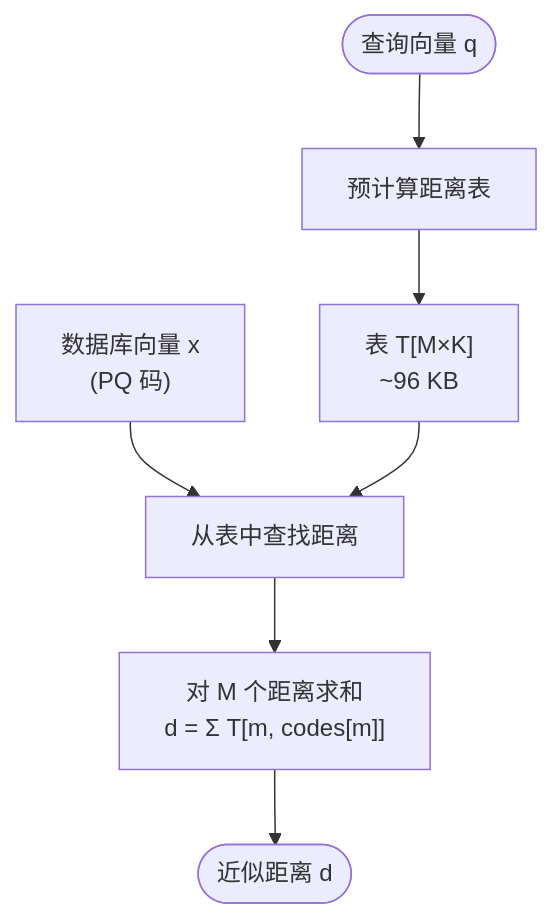
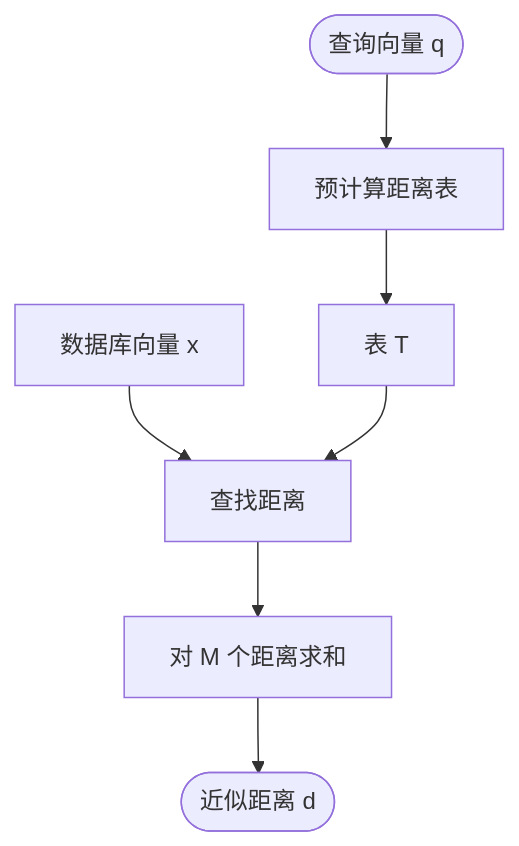
The second of 2 diagrams in docs/zh/algorithms/product-quantization.md (nexepic/zyx), drawn with Mermaid before and after one commit. The commit also changed other lines of this file and 21 other files, not shown here.

First line of the commit message:
fix: resolve Mermaid diagram display issues in VitePress

````diff
--- a/docs/zh/algorithms/product-quantization.md
+++ b/docs/zh/algorithms/product-quantization.md
@@ -294,11 +300,11 @@
 ```mermaid
 flowchart TD
     Start([查询向量 q]) --> Precompute[预计算距离表]
-    Precompute --> Table["表 T[M×K]<br/>~96 KB"]
+    Precompute --> Table["表 T"]
 
-    Database["数据库向量 x<br/>(PQ 码)"] --> Lookup[从表中查找距离]
+    Database["数据库向量 x"] --> Lookup[查找距离]
 
     Table --> Lookup
-    Lookup --> Sum["对 M 个距离求和<br/>d = Σ T[m, codes[m]]"]
+    Lookup --> Sum["对 M 个距离求和"]
     Sum --> Return([近似距离 d])
 ```
````
